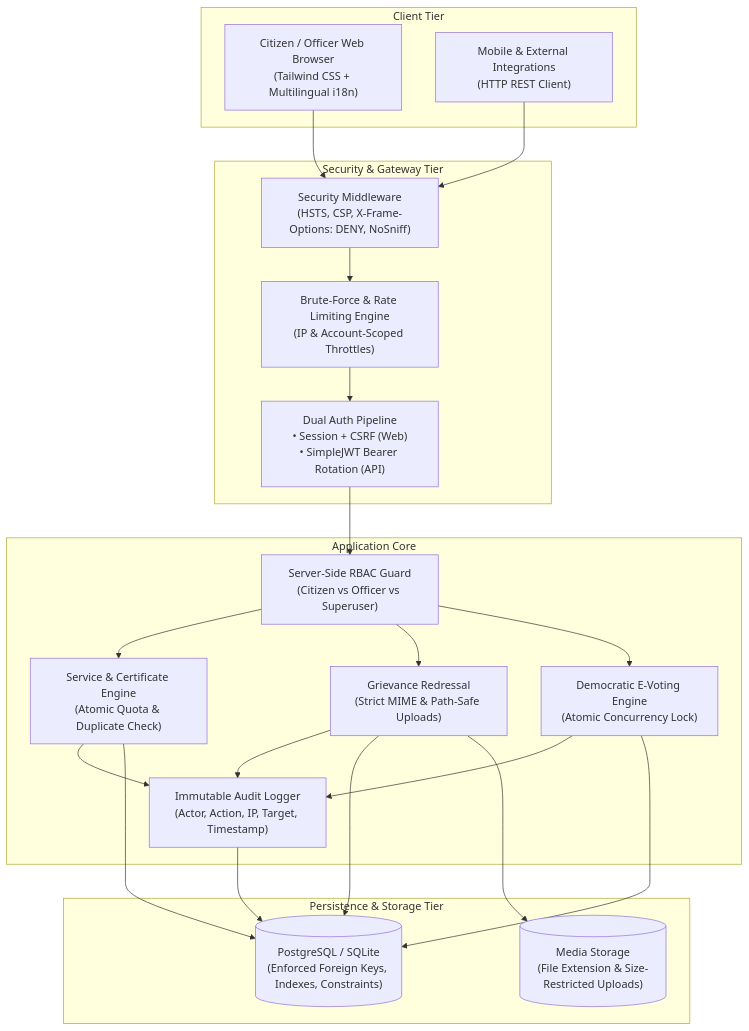
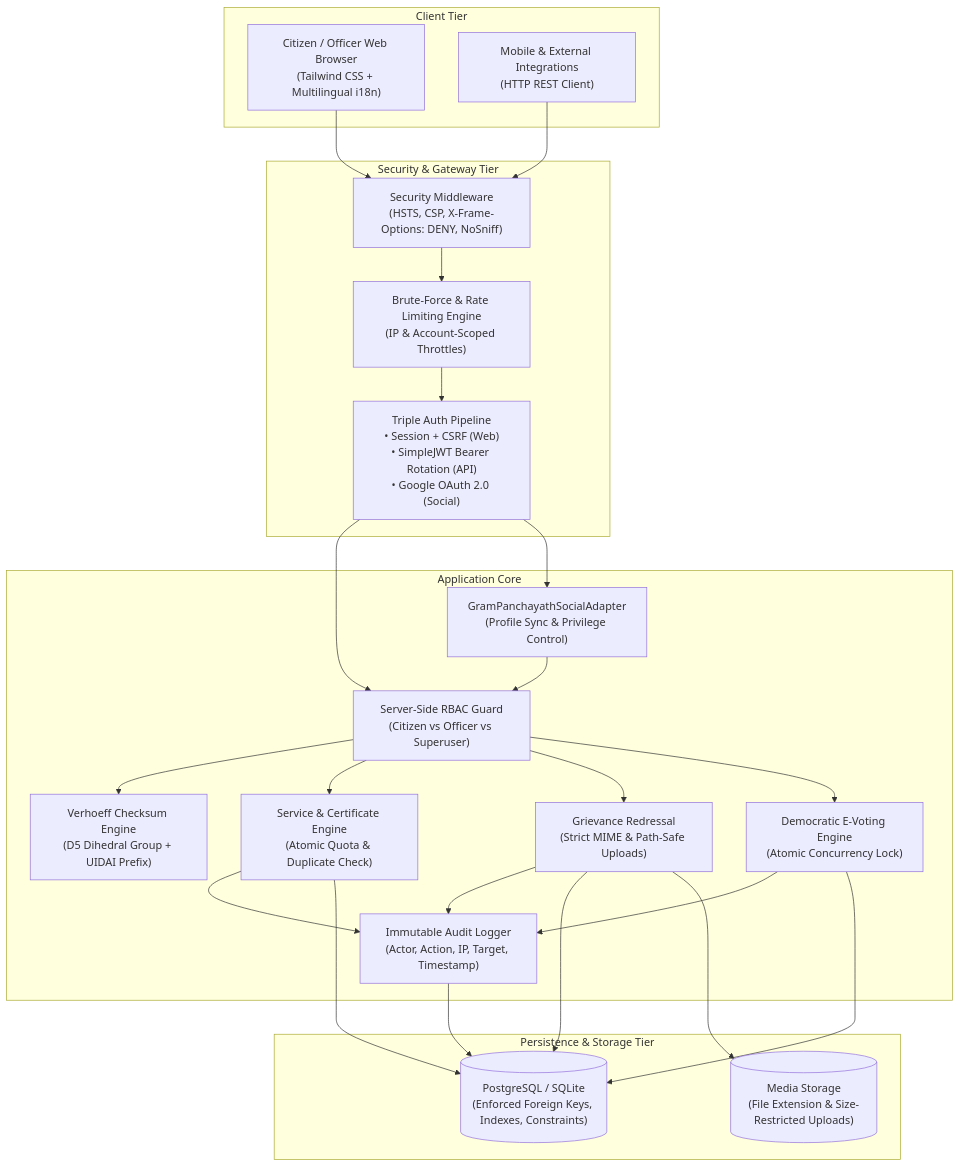
Before and after one commit to gowdaanup73-pixel/Digital-Gram-Panchayath: the diagram in README.md, drawn with Mermaid. The commit also changed other lines of this file, not shown here.

Commit message:
docs(readme): comprehensive architecture documentation for Google OAuth, Verhoeff Aadhaar validation, privacy masking, civic design system, and test suite

````diff
--- a/README.md
+++ b/README.md
@@ -33,43 +43,48 @@
 ```mermaid
 graph TD
     subgraph Client Tier
         Browser["Citizen / Officer Web Browser<br/>(Tailwind CSS + Multilingual i18n)"]
         MobileClient["Mobile & External Integrations<br/>(HTTP REST Client)"]
     end
 
     subgraph Security & Gateway Tier
         SecHeaders["Security Middleware<br/>(HSTS, CSP, X-Frame-Options: DENY, NoSniff)"]
         Throttle["Brute-Force & Rate Limiting Engine<br/>(IP & Account-Scoped Throttles)"]
-        AuthFilter["Dual Auth Pipeline<br/>• Session + CSRF (Web)<br/>• SimpleJWT Bearer Rotation (API)"]
+        AuthFilter["Triple Auth Pipeline<br/>• Session + CSRF (Web)<br/>• SimpleJWT Bearer Rotation (API)<br/>• Google OAuth 2.0 (Social)"]
     end
 
     subgraph Application Core
         RBAC["Server-Side RBAC Guard<br/>(Citizen vs Officer vs Superuser)"]
+        SocialAdapter["GramPanchayathSocialAdapter<br/>(Profile Sync & Privilege Control)"]
+        AadhaarValidator["Verhoeff Checksum Engine<br/>(D5 Dihedral Group + UIDAI Prefix)"]
         ServiceMod["Service & Certificate Engine<br/>(Atomic Quota & Duplicate Check)"]
         ComplaintMod["Grievance Redressal<br/>(Strict MIME & Path-Safe Uploads)"]
         VotingMod["Democratic E-Voting Engine<br/>(Atomic Concurrency Lock)"]
         AuditMod["Immutable Audit Logger<br/>(Actor, Action, IP, Target, Timestamp)"]
     end
 
     subgraph Persistence & Storage Tier
         DB[("PostgreSQL / SQLite<br/>(Enforced Foreign Keys, Indexes, Constraints)")]
         MediaStorage[("Media Storage<br/>(File Extension & Size-Restricted Uploads)")]
     end
 
     Browser --> SecHeaders
     MobileClient --> SecHeaders
     SecHeaders --> Throttle
     Throttle --> AuthFilter
     AuthFilter --> RBAC
+    AuthFilter --> SocialAdapter
+    SocialAdapter --> RBAC
+    RBAC --> AadhaarValidator
     RBAC --> ServiceMod
     RBAC --> ComplaintMod
     RBAC --> VotingMod
     ServiceMod --> AuditMod
     ComplaintMod --> AuditMod
     VotingMod --> AuditMod
     ServiceMod --> DB
     ComplaintMod --> DB
     VotingMod --> DB
     ComplaintMod --> MediaStorage
     AuditMod --> DB
 ```
````
